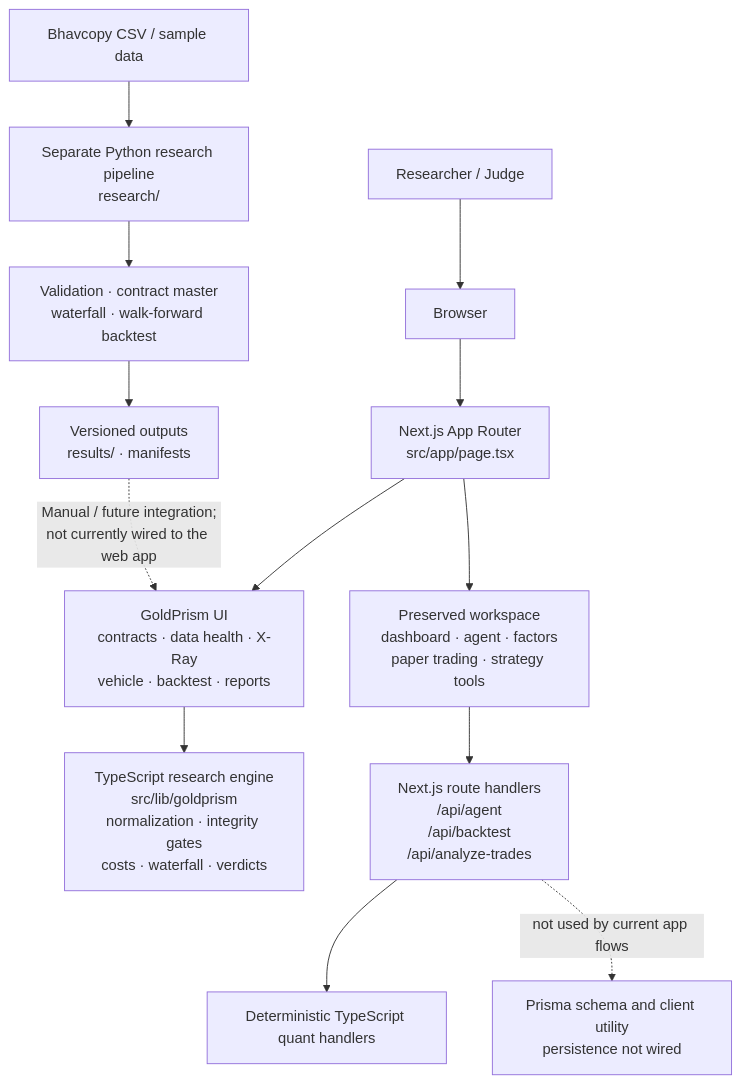
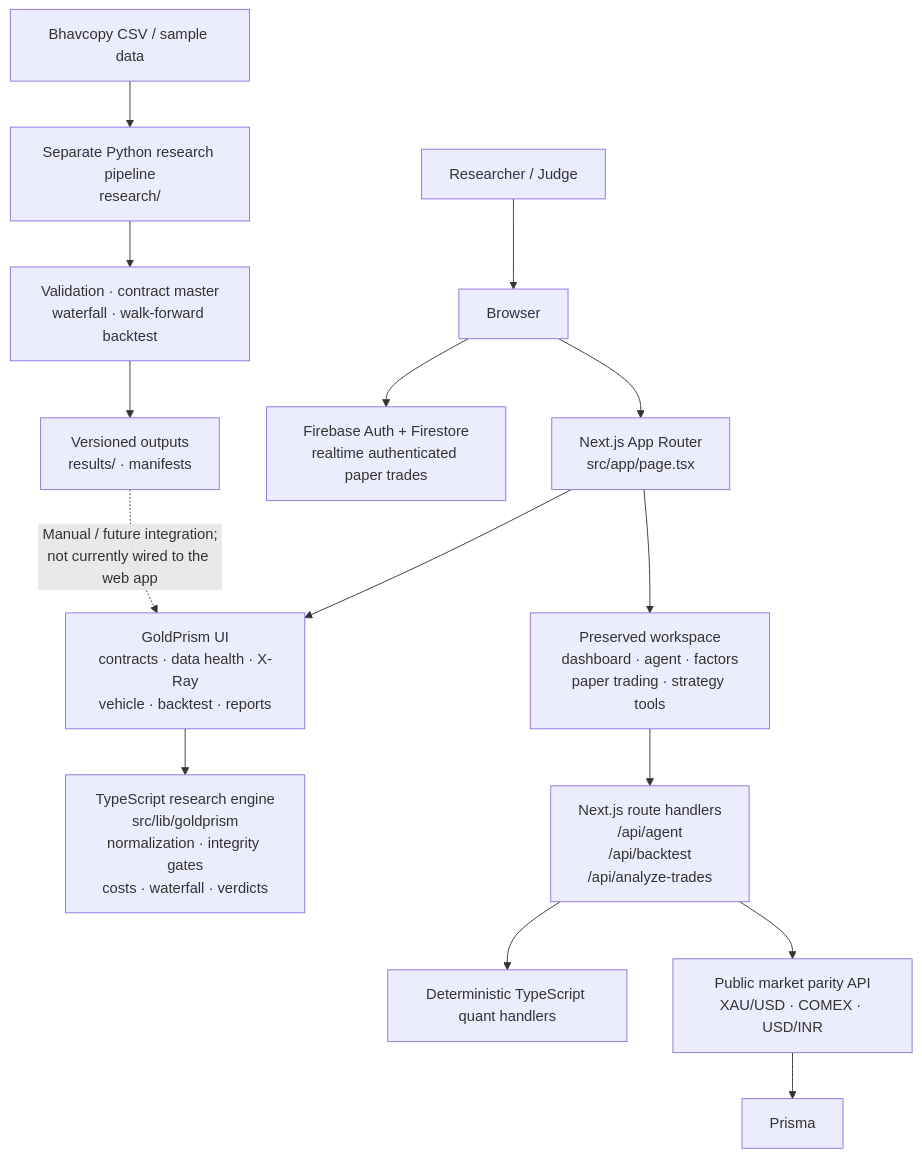
The first of 2 diagrams in README.md (pawan00207/GoldPrism-Team---ARCEUS), drawn with Mermaid before and after one commit. The commit also changed other lines of this file and 31 other files, not shown here.

````diff
--- a/README.md
+++ b/README.md
@@ -36,18 +36,20 @@
 ```mermaid
 flowchart TB
     User[Researcher / Judge] --> Browser[Browser]
     Browser --> App[Next.js App Router<br/>src/app/page.tsx]
 
     App --> GPUI[GoldPrism UI<br/>contracts · data health · X-Ray<br/>vehicle · backtest · reports]
     App --> Workspace[Preserved workspace<br/>dashboard · agent · factors<br/>paper trading · strategy tools]
 
     GPUI --> Engine[TypeScript research engine<br/>src/lib/goldprism<br/>normalization · integrity gates<br/>costs · waterfall · verdicts]
     Workspace --> Routes[Next.js route handlers<br/>/api/agent<br/>/api/backtest<br/>/api/analyze-trades]
     Routes --> Deterministic[Deterministic TypeScript quant handlers]
-    Routes -. "not used by current app flows" .-> Prisma[Prisma schema and client utility<br/>persistence not wired]
+    Routes --> MarketAPI[Public market parity API<br/>XAU/USD · COMEX · USD/INR]
+    MarketAPI --> Prisma
+    Browser --> Firebase[Firebase Auth + Firestore<br/>realtime authenticated paper trades]
 
     CSV[Bhavcopy CSV / sample data] --> Python[Separate Python research pipeline<br/>research/]
     Python --> Analysis[Validation · contract master<br/>waterfall · walk-forward backtest]
     Analysis --> Artifacts[Versioned outputs<br/>results/ · manifests]
     Artifacts -. "Manual / future integration;<br/>not currently wired to the web app" .-> GPUI
 ```
````
